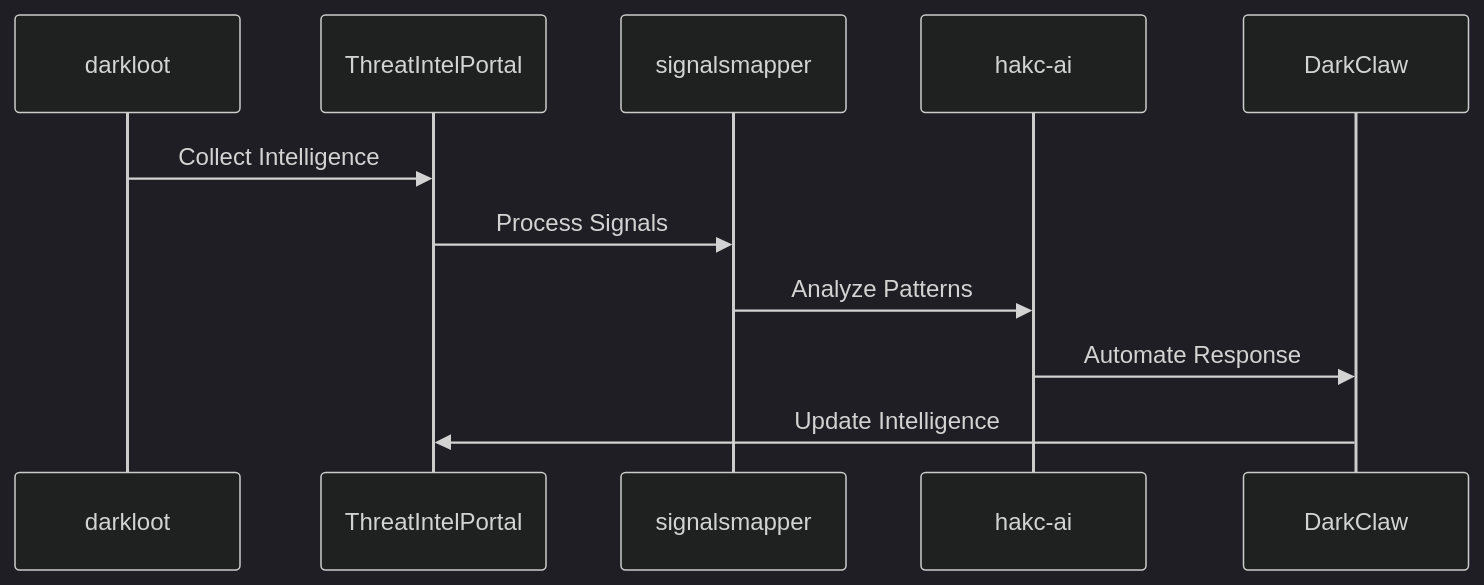
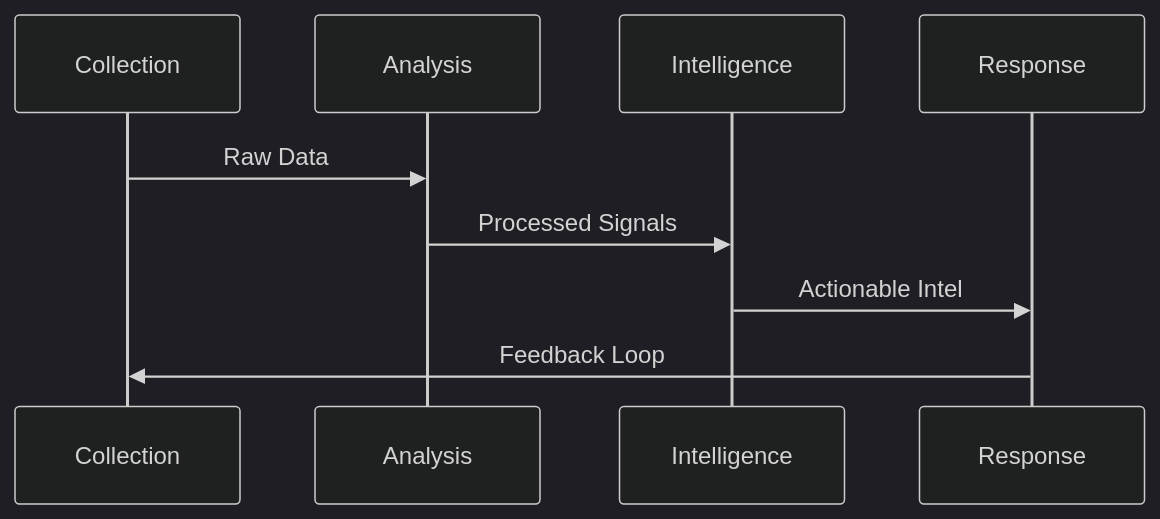
One commit to darkcodelabs/.github changed the third of 3 diagrams in profile/README.md. Above: the diagram before and after it, drawn with Mermaid (dark theme). The commit also changed other lines of this file, not shown here.

````diff
--- a/profile/README.md
+++ b/profile/README.md
@@ -92,14 +47,12 @@
 ```mermaid
 sequenceDiagram
-    participant OSINT as darkloot
-    participant TIP as ThreatIntelPortal
-    participant Signal as signalsmapper
-    participant AI as hakc-ai
-    participant Action as DarkClaw
+    participant C as Collection
+    participant A as Analysis
+    participant I as Intelligence
+    participant R as Response
 
-    OSINT->>TIP: Collect Intelligence
-    TIP->>Signal: Process Signals
-    Signal->>AI: Analyze Patterns
-    AI->>Action: Automate Response
-    Action->>TIP: Update Intelligence
+    C->>A: Raw Data
+    A->>I: Processed Signals
+    I->>R: Actionable Intel
+    R->>C: Feedback Loop
 ```
````
